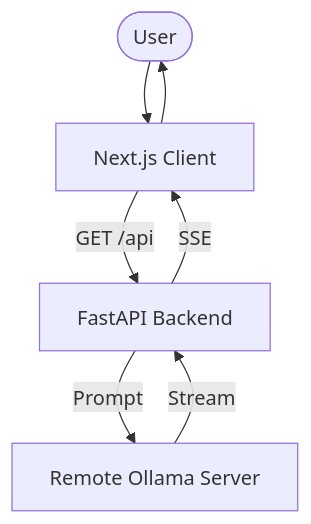
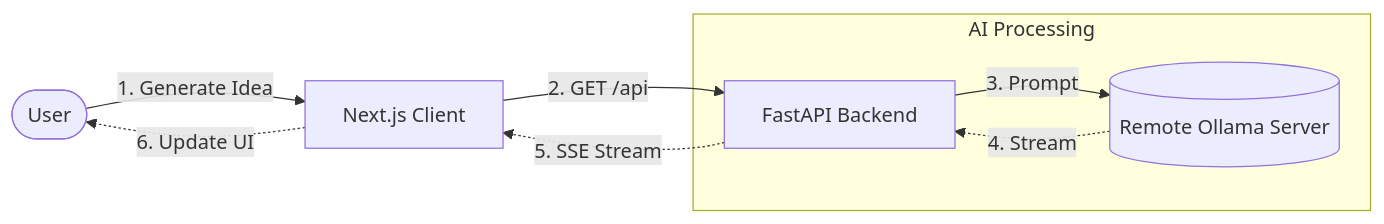
The diagram in week-1/day-2/README.md (baloglu321/mlops-journey), drawn with Mermaid before and after one commit. The commit also changed 3 other files, not shown here.

````diff
--- a/week-1/day-2/README.md
+++ b/week-1/day-2/README.md
@@ -14,9 +14,20 @@
 ```mermaid
-graph TD
-    User([User]) --> Client[Next.js Client]
-    Client -- "GET /api" --> API[FastAPI Backend]
-    API -- "Prompt" --> Ollama[Remote Ollama Server]
-    Ollama -- "Stream" --> API
-    API -- "SSE" --> Client
-    Client --> User
+flowchart LR
+    %% Nodes
+    User([User])
+    Client[Next.js Client]
+    API[FastAPI Backend]
+    Ollama[("Remote Ollama Server")]
+
+    %% Flow
+    User -->|1. Generate Idea| Client
+    Client -->|2. GET /api| API
+    
+    subgraph "AI Processing"
+        API -->|3. Prompt| Ollama
+        Ollama -.->|4. Stream| API
+    end
+
+    API -.->|5. SSE Stream| Client
+    Client -.->|6. Update UI| User
 ```
````
